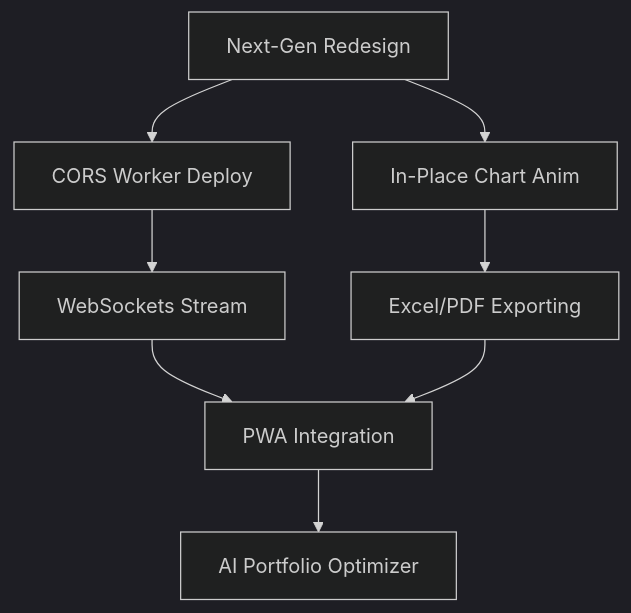
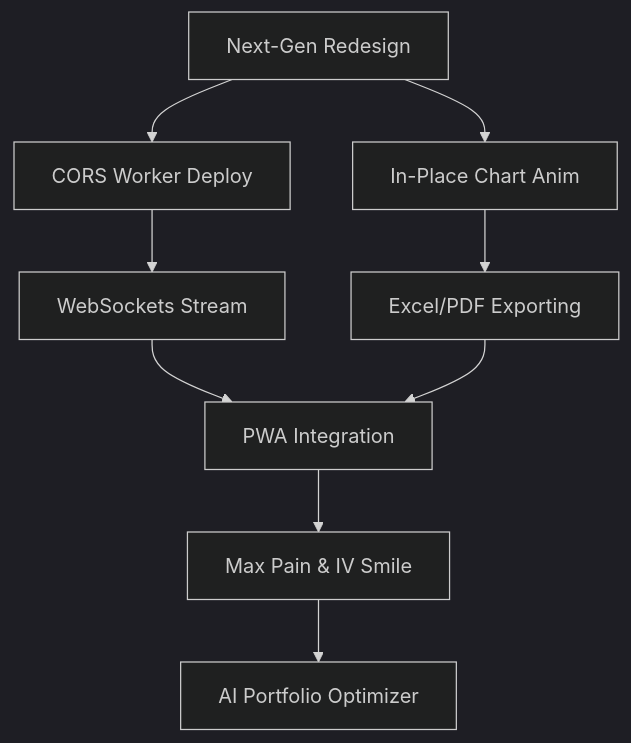
The diagram in future_enhancement.md (vijaymahes9080/market), drawn with Mermaid (dark theme) before and after one commit. The commit also changed other lines of this file, not shown here.

Commit message:
docs: add options max pain and IV smile mathematical definitions to future enhancements

````diff
--- a/future_enhancement.md
+++ b/future_enhancement.md
@@ -146,10 +195,11 @@
 ```mermaid
 graph TD
     A["Next-Gen Redesign"] --> B["CORS Worker Deploy"]
     A --> C["In-Place Chart Anim"]
     B --> D["WebSockets Stream"]
     C --> E["Excel/PDF Exporting"]
     D --> F["PWA Integration"]
     E --> F
-    F --> G["AI Portfolio Optimizer"]
+    F --> G["Max Pain & IV Smile"]
+    G --> H["AI Portfolio Optimizer"]
 ```
````
